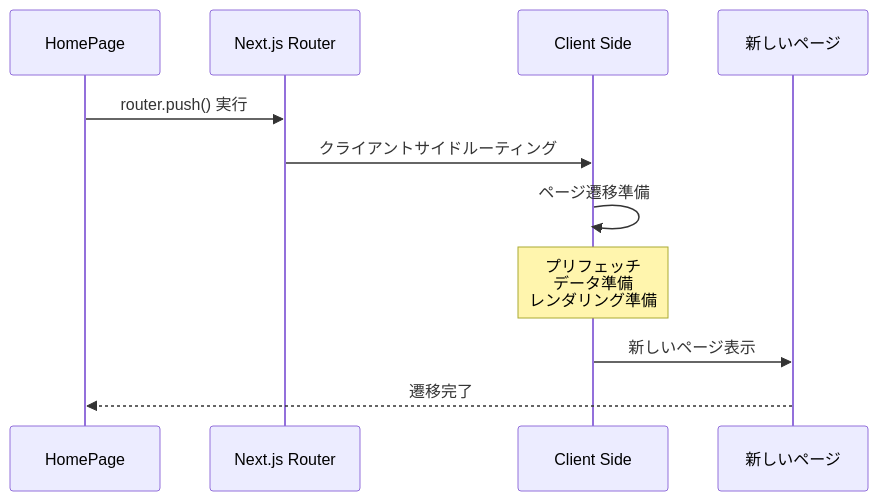
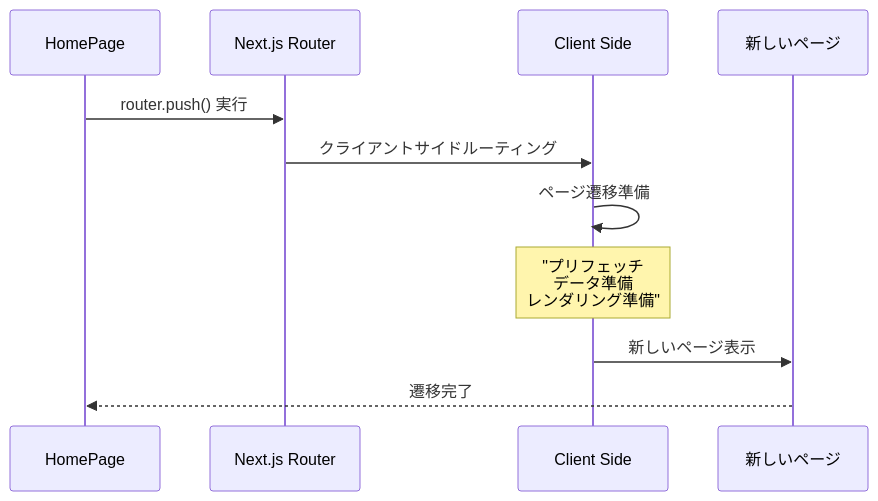
Before and after one commit to wasabi49/ocs-systemDevelopmentExercises: the sixth of 10 diagrams in document/pages/sequence/page.md, drawn with Mermaid. The commit also changed other lines of this file and 42 other files, not shown here.

First line of the commit message:
fix: mermaidシーケンス図のNote over文でダブルクォーテーション不足を修正

````diff
--- a/document/pages/sequence/page.md
+++ b/document/pages/sequence/page.md
@@ -121,16 +121,16 @@
 ```mermaid
 sequenceDiagram
     participant Page as HomePage
     participant NextRouter as Next.js Router
     participant ClientSide as Client Side
     participant NewPage as 新しいページ
 
     Page->>NextRouter: router.push() 実行
     NextRouter->>ClientSide: クライアントサイドルーティング
     
     ClientSide->>ClientSide: ページ遷移準備
-    Note over ClientSide: プリフェッチ<br/>データ準備<br/>レンダリング準備
+    Note over ClientSide: "プリフェッチ<br/>データ準備<br/>レンダリング準備"
     
     ClientSide->>NewPage: 新しいページ表示
     NewPage-->>Page: 遷移完了
 ```
````
